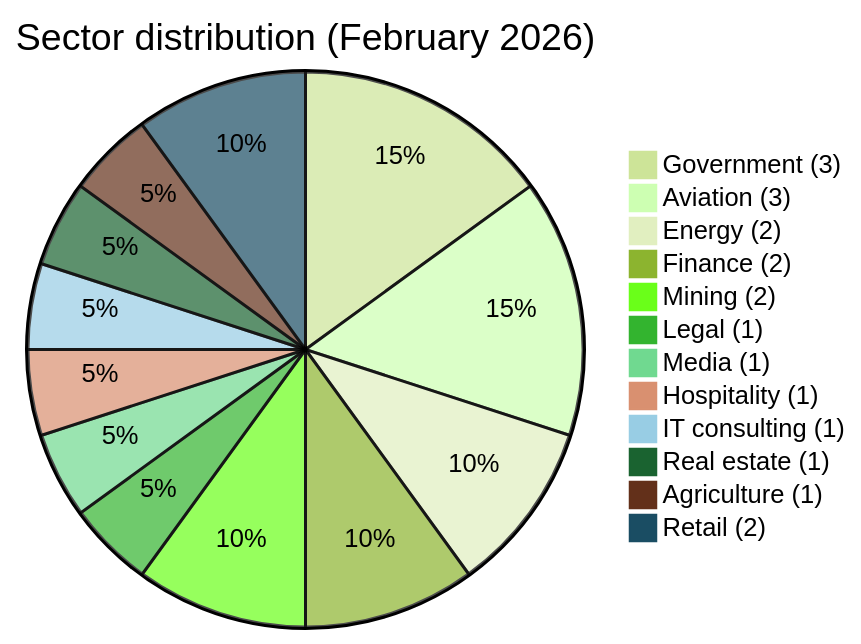
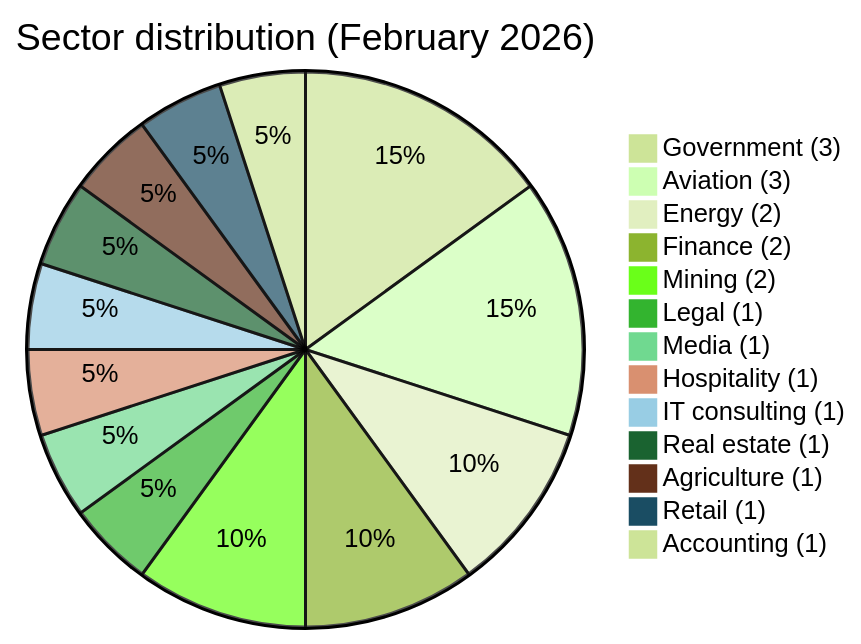
One commit to Hatchepsoute/AFRINTEL changed the third of 3 diagrams in CyberAttackAfrica/2026/02-february/README.md. Above: the diagram before and after it, drawn with Mermaid (forest theme). The commit also changed other lines of this file and 39 other files, not shown here.

````diff
--- a/CyberAttackAfrica/2026/02-february/README.md
+++ b/CyberAttackAfrica/2026/02-february/README.md
@@ -169,16 +169,17 @@
 ```mermaid
 pie
  title Sector distribution (February 2026)
  "Government (3)" : 3
  "Aviation (3)" : 3
  "Energy (2)" : 2
  "Finance (2)" : 2
  "Mining (2)" : 2
  "Legal (1)" : 1
  "Media (1)" : 1
  "Hospitality (1)" : 1
  "IT consulting (1)" : 1
  "Real estate (1)" : 1
  "Agriculture (1)" : 1
- "Retail (2)" : 2
+ "Retail (1)" : 1
+ "Accounting (1)" : 1
 ```
````
